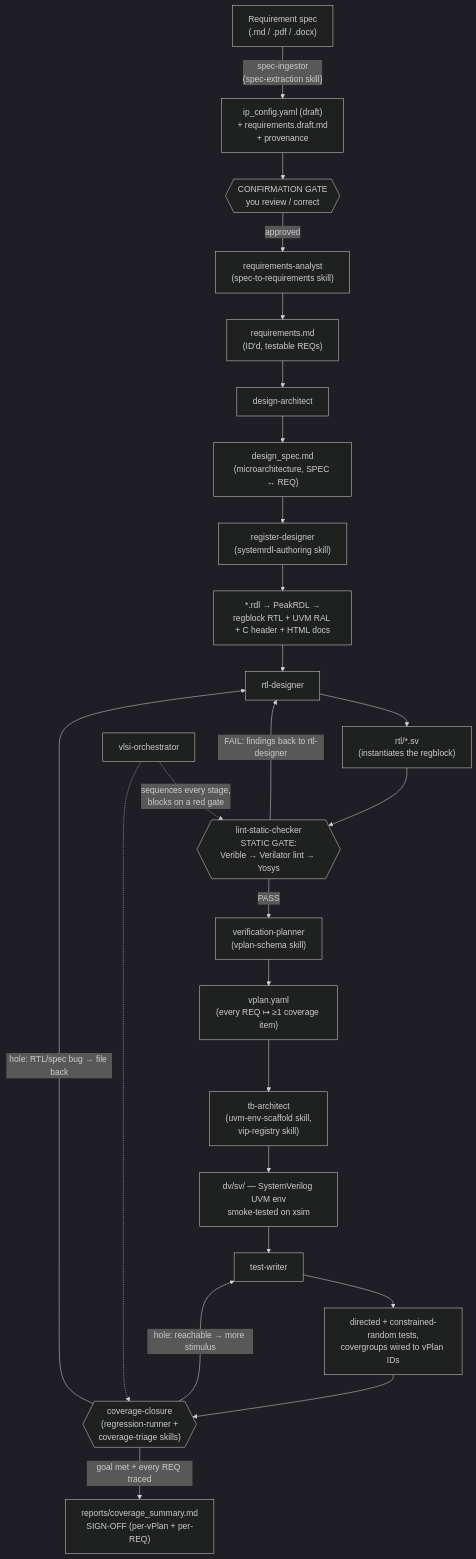
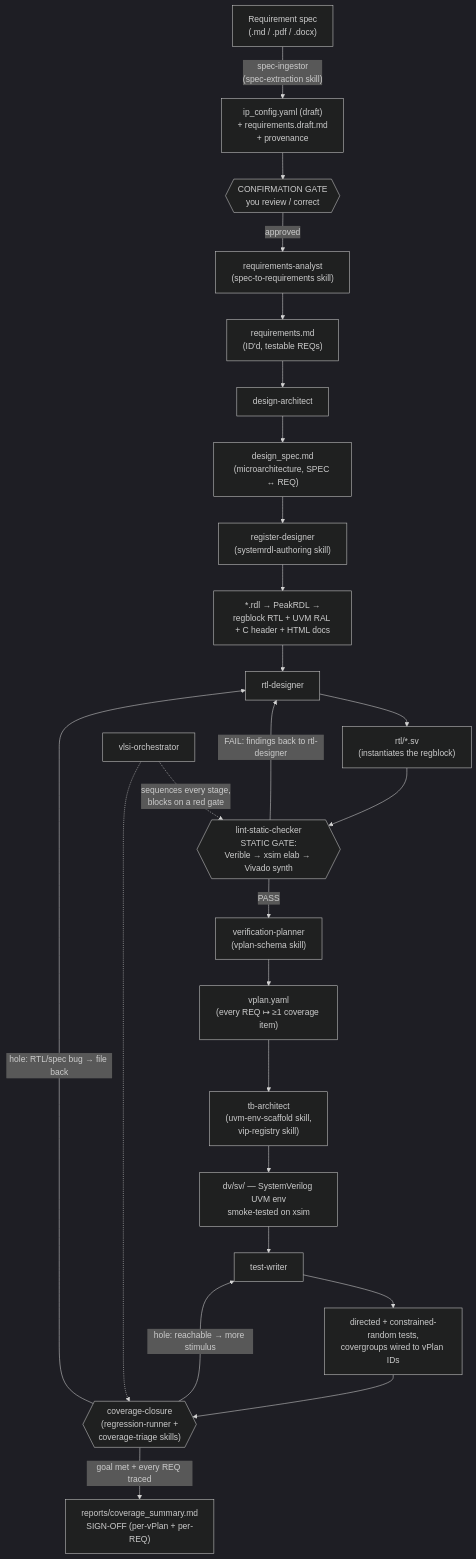
The second of 3 diagrams in README.md (naveenkumarmadala/spec_to_coverage_closure_agentic_framework_uvm), drawn with Mermaid (dark theme) before and after one commit. The commit also changed other lines of this file and 41 other files, not shown here.

````diff
--- a/README.md
+++ b/README.md
@@ -96,28 +96,28 @@
 ```mermaid
 flowchart TD
     SPEC["Requirement spec<br/>(.md / .pdf / .docx)"] -->|"spec-ingestor<br/>(spec-extraction skill)"| DRAFT["ip_config.yaml (draft)<br/>+ requirements.draft.md<br/>+ provenance"]
     DRAFT --> GATE{{"CONFIRMATION GATE<br/>you review / correct"}}
     GATE -->|approved| REQS["requirements-analyst<br/>(spec-to-requirements skill)"]
     REQS --> REQMD["requirements.md<br/>(ID'd, testable REQs)"]
     REQMD --> DESIGN["design-architect"]
     DESIGN --> DESIGNMD["design_spec.md<br/>(microarchitecture, SPEC ↔ REQ)"]
     DESIGNMD --> REG["register-designer<br/>(systemrdl-authoring skill)"]
     REG --> RDL["*.rdl → PeakRDL →<br/>regblock RTL + UVM RAL + C header + HTML docs"]
     RDL --> RTLDES["rtl-designer"]
     RTLDES --> RTLFILES["rtl/*.sv<br/>(instantiates the regblock)"]
-    RTLFILES --> LINT{{"lint-static-checker<br/>STATIC GATE:<br/>Verible → Verilator lint → Yosys"}}
+    RTLFILES --> LINT{{"lint-static-checker<br/>STATIC GATE:<br/>Verible → xsim elab → Vivado synth"}}
     LINT -->|FAIL: findings back to rtl-designer| RTLDES
     LINT -->|PASS| VPLAN["verification-planner<br/>(vplan-schema skill)"]
     VPLAN --> VPLANYAML["vplan.yaml<br/>(every REQ ↦ ≥1 coverage item)"]
     VPLANYAML --> TB["tb-architect<br/>(uvm-env-scaffold skill,<br/>vip-registry skill)"]
     TB --> ENV["dv/sv/ — SystemVerilog UVM env<br/>smoke-tested on xsim"]
     ENV --> TW["test-writer"]
     TW --> TESTS["directed + constrained-random tests,<br/>covergroups wired to vPlan IDs"]
     TESTS --> CLOSE{{"coverage-closure<br/>(regression-runner +<br/>coverage-triage skills)"}}
     CLOSE -->|"hole: reachable → more stimulus"| TW
     CLOSE -->|"hole: RTL/spec bug → file back"| RTLDES
     CLOSE -->|"goal met + every REQ traced"| REPORT["reports/coverage_summary.md<br/>SIGN-OFF (per-vPlan + per-REQ)"]
 
     ORCH["vlsi-orchestrator"] -.->|sequences every stage,<br/>blocks on a red gate| LINT
     ORCH -.-> CLOSE
 ```
````
